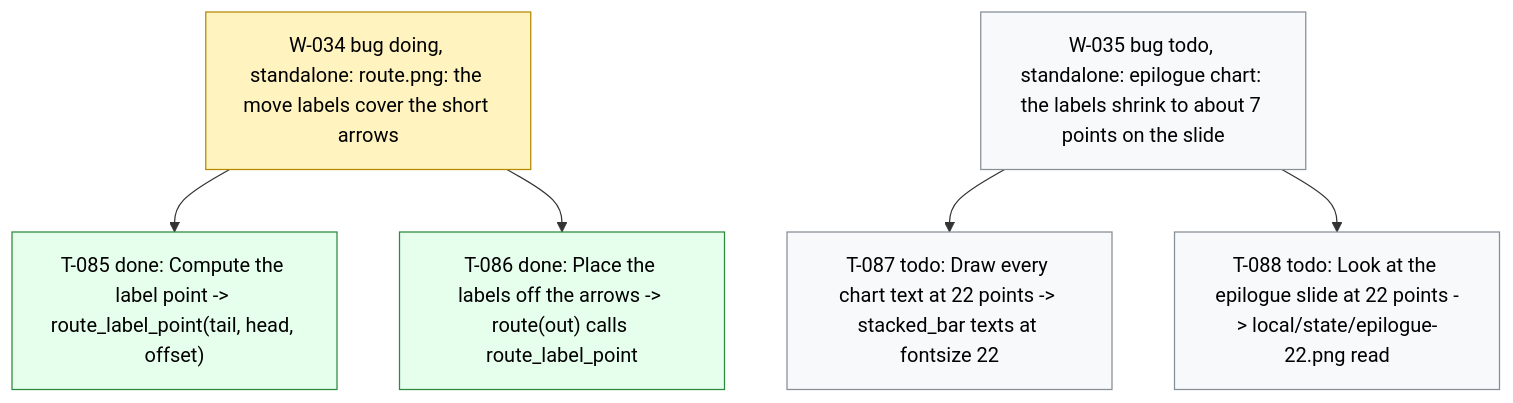
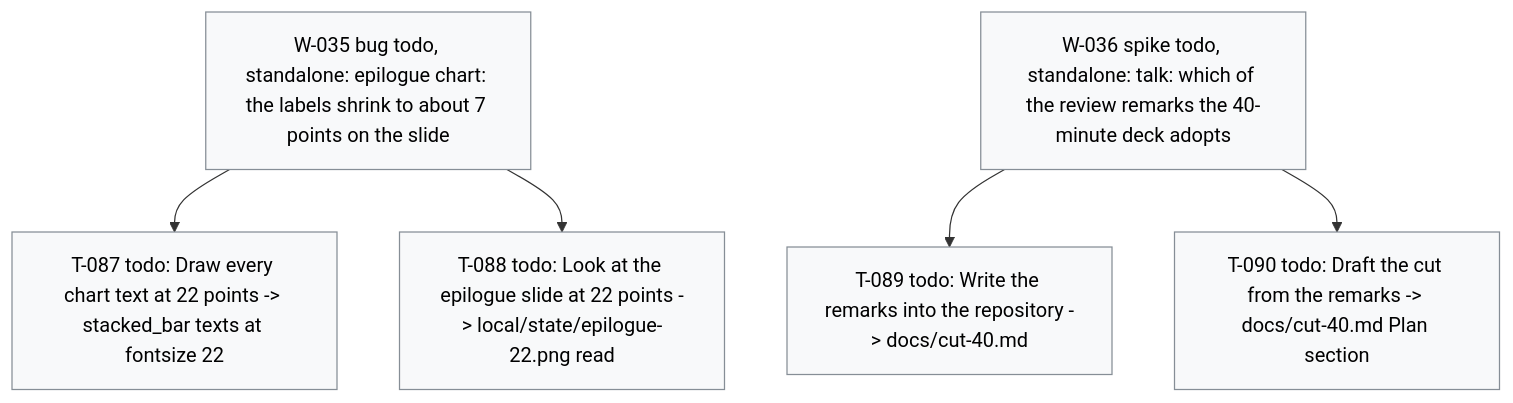
Before and after one commit to dpopchev/chaos-to-simple: the diagram in .board/BOARD.md, drawn with Mermaid. The commit also changed other lines of this file and 3 other files, not shown here.

````diff
--- a/.board/BOARD.md
+++ b/.board/BOARD.md
@@ -228,17 +235,15 @@
 ```mermaid
 flowchart TD
-  W034["W-034 bug doing, standalone: route.png: the move labels cover the short arrows"]
-  W034 --> T085["T-085 done: Compute the label point -> route_label_point(tail, head, offset)"]
-  W034 --> T086["T-086 done: Place the labels off the arrows -> route(out) calls route_label_point"]
   W035["W-035 bug todo, standalone: epilogue chart: the labels shrink to about 7 points on the slide"]
   W035 --> T087["T-087 todo: Draw every chart text at 22 points -> stacked_bar texts at fontsize 22"]
   W035 --> T088["T-088 todo: Look at the epilogue slide at 22 points -> local/state/epilogue-22.png read"]
+  W036["W-036 spike todo, standalone: talk: which of the review remarks the 40-minute deck adopts"]
+  W036 --> T089["T-089 todo: Write the remarks into the repository -> docs/cut-40.md"]
+  W036 --> T090["T-090 todo: Draft the cut from the remarks -> docs/cut-40.md Plan section"]
   classDef doing fill:#fff3bf,stroke:#b58900,color:#000;
   classDef blocked fill:#ffe3e3,stroke:#c92a2a,color:#000;
   classDef done fill:#e6ffed,stroke:#2b8a3e,color:#000;
   classDef todo fill:#f8f9fa,stroke:#868e96,color:#000;
   classDef pruned fill:#f1f3f5,stroke:#adb5bd,color:#000;
-  class W034 doing
-  class T085,T086 done
-  class W035,T087,T088 todo
+  class W035,T087,T088,W036,T089,T090 todo
 ```
````
